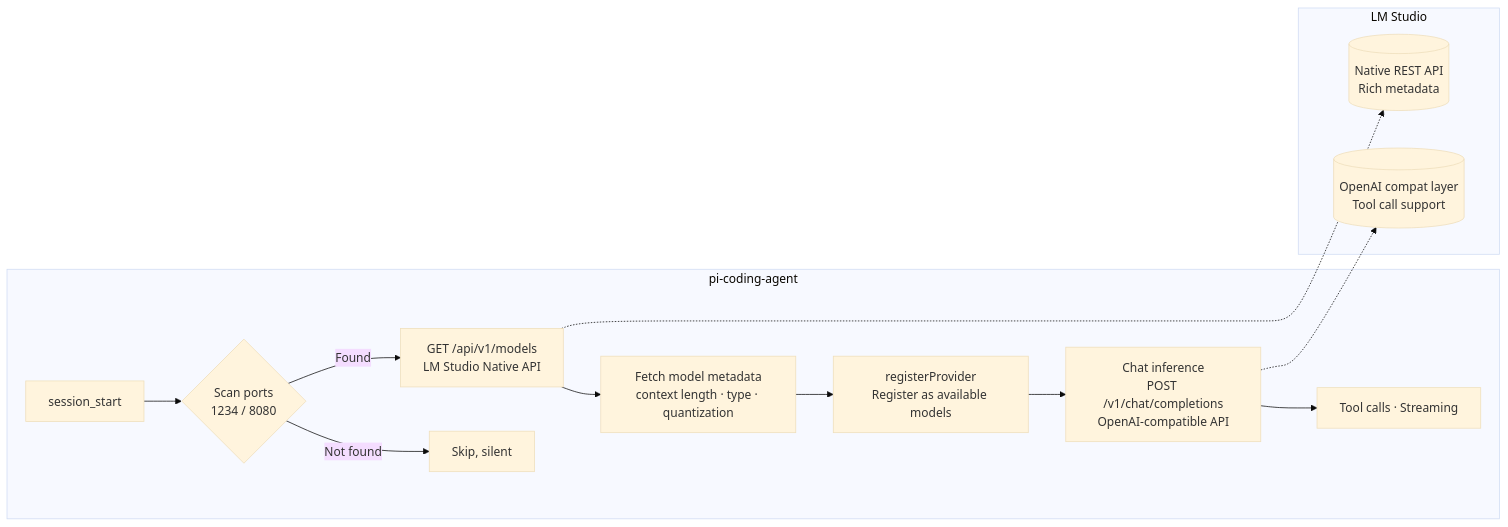
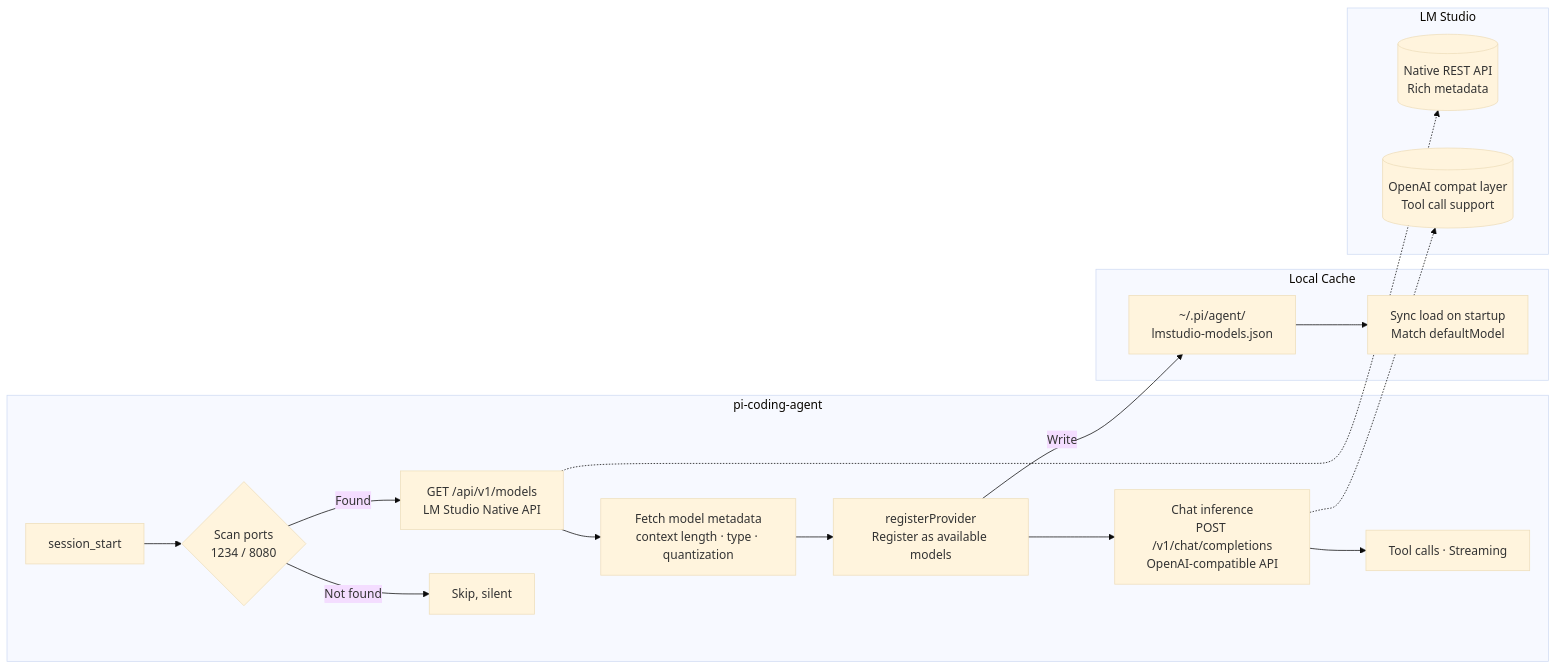
Before and after one commit to LambdaXIII/pi-lmstudio-provider: the diagram in README.en.md, drawn with Mermaid (base theme). The commit also changed other lines of this file and 4 other files, not shown here.

````diff
--- a/README.en.md
+++ b/README.en.md
@@ -21,17 +23,22 @@
 ```mermaid
 flowchart LR
     subgraph pi["pi-coding-agent"]
         A[session_start] --> B{Scan ports<br/>1234 / 8080}
         B -->|Found| C[GET /api/v1/models<br/>LM Studio Native API]
         B -->|Not found| D[Skip, silent]
         C --> E[Fetch model metadata<br/>context length · type · quantization]
         E --> F[registerProvider<br/>Register as available models]
         F --> G[Chat inference<br/>POST /v1/chat/completions<br/>OpenAI-compatible API]
         G --> H[Tool calls · Streaming]
     end
 
+    subgraph cache["Local Cache"]
+        K[~/.pi/agent/<br/>lmstudio-models.json] --> L[Sync load on startup<br/>Match defaultModel]
+        F -->|Write| K
+    end
+
     subgraph lm["LM Studio"]
         C -.-> I[(Native REST API<br/>Rich metadata)]
         G -.-> J[(OpenAI compat layer<br/>Tool call support)]
     end
 ```
````
